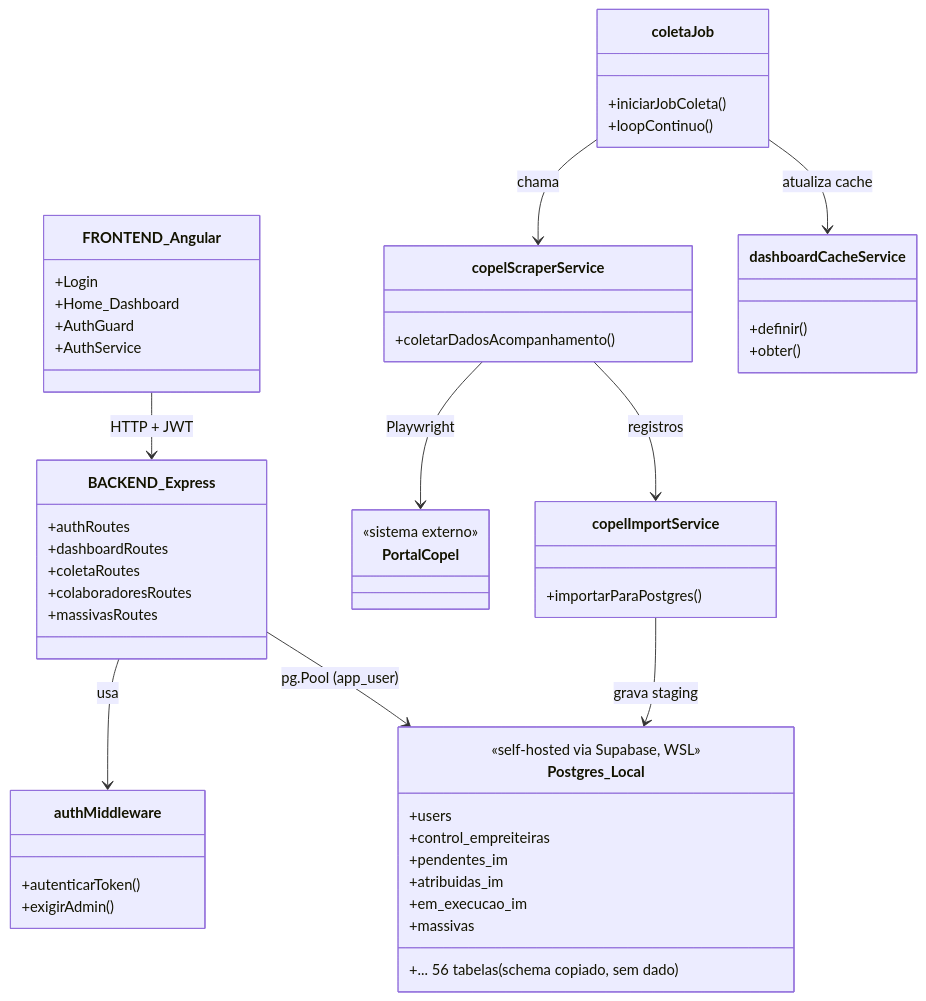
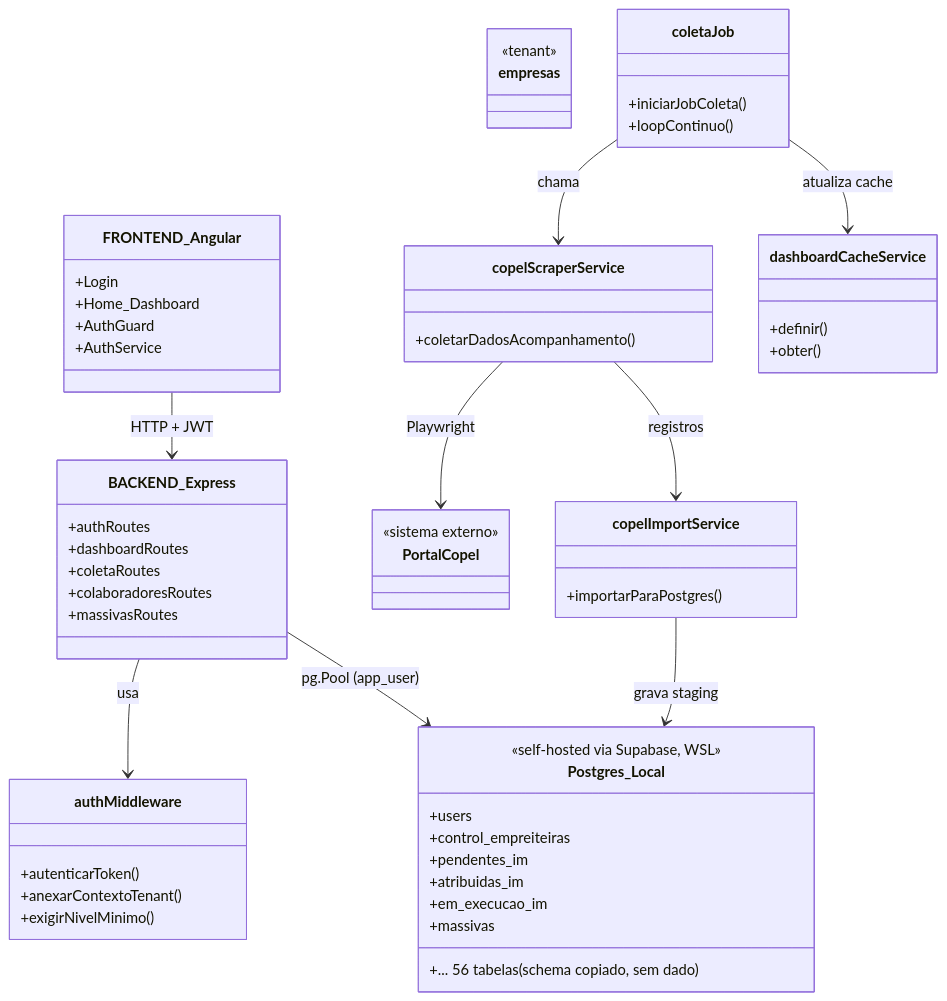
The first of 2 diagrams in docs/ARQUITETURA.md (codexatechinfo/eye_of_god), drawn with Mermaid before and after one commit. The commit also changed other lines of this file and 41 other files, not shown here.

````diff
--- a/docs/ARQUITETURA.md
+++ b/docs/ARQUITETURA.md
@@ -11,56 +16,60 @@
 ```mermaid
 classDiagram
   class FRONTEND_Angular {
     +Login
     +Home_Dashboard
     +AuthGuard
     +AuthService
   }
   class BACKEND_Express {
     +authRoutes
     +dashboardRoutes
     +coletaRoutes
     +colaboradoresRoutes
     +massivasRoutes
   }
   class authMiddleware {
     +autenticarToken()
-    +exigirAdmin()
+    +anexarContextoTenant()
+    +exigirNivelMinimo()
+  }
+  class empresas {
+    <<tenant>>
   }
   class coletaJob {
     +iniciarJobColeta()
     +loopContinuo()
   }
   class copelScraperService {
     +coletarDadosAcompanhamento()
   }
   class copelImportService {
     +importarParaPostgres()
   }
   class dashboardCacheService {
     +definir()
     +obter()
   }
   class PortalCopel {
     <<sistema externo>>
   }
   class Postgres_Local {
     <<self-hosted via Supabase, WSL>>
     +users
     +control_empreiteiras
     +pendentes_im
     +atribuidas_im
     +em_execucao_im
     +massivas
     +... 56 tabelas (schema copiado, sem dado)
   }
 
   FRONTEND_Angular --> BACKEND_Express : HTTP + JWT
   BACKEND_Express --> authMiddleware : usa
   BACKEND_Express --> Postgres_Local : pg.Pool (app_user)
   coletaJob --> copelScraperService : chama
   copelScraperService --> PortalCopel : Playwright
   copelScraperService --> copelImportService : registros
   copelImportService --> Postgres_Local : grava staging
   coletaJob --> dashboardCacheService : atualiza cache
 ```
````
